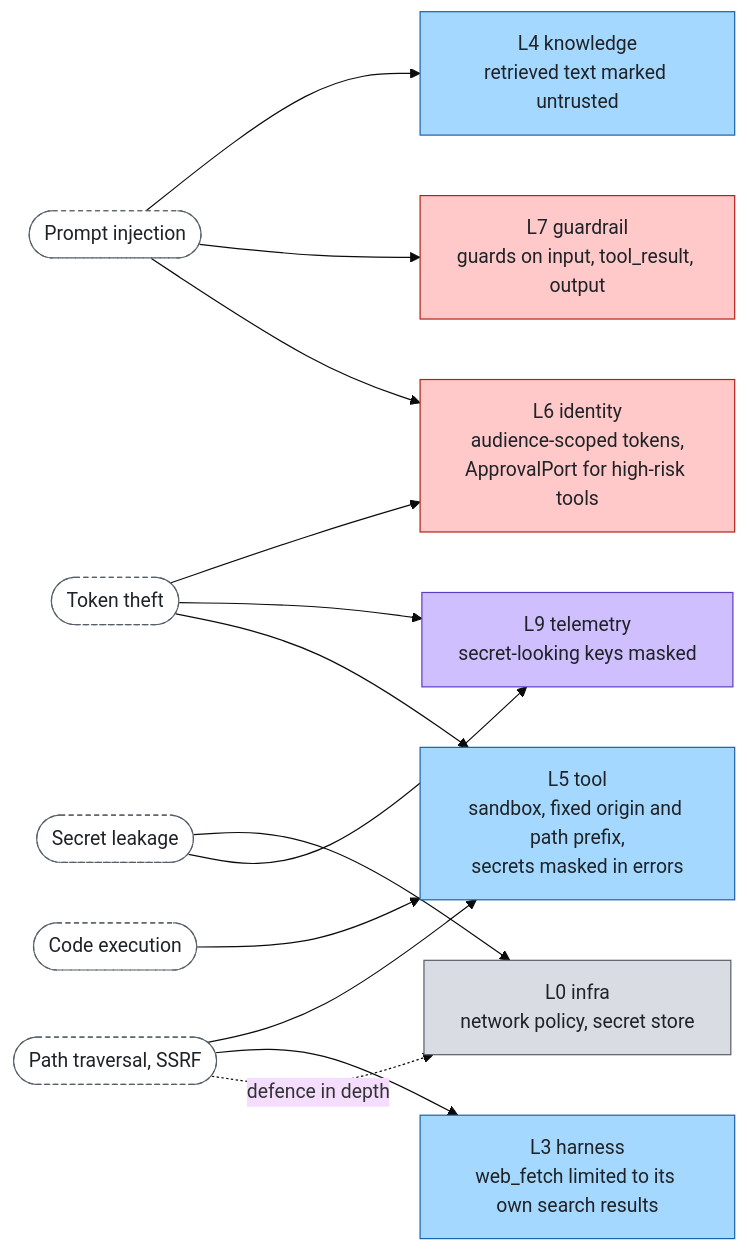
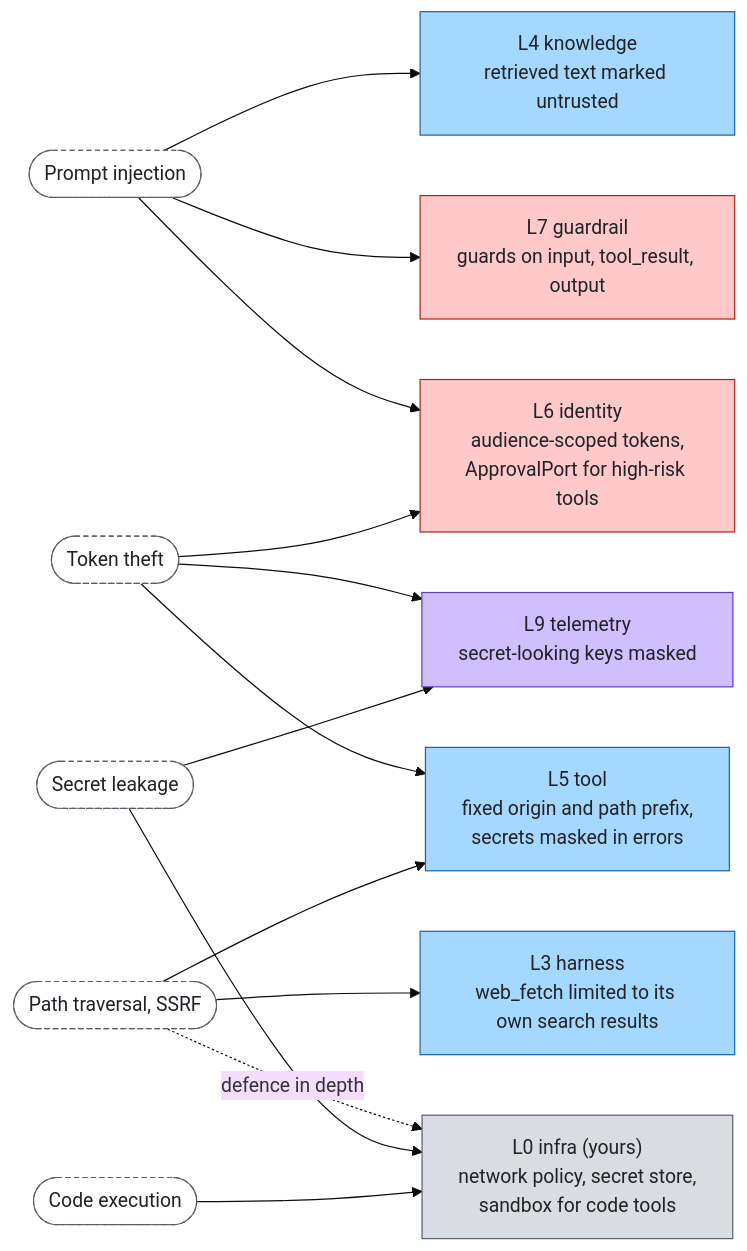
One commit to aantenore/agent-layers changed the diagram in docs/cross-cutting/security.md. Above: the diagram before and after it, drawn with Mermaid (base theme). The commit also changed other lines of this file and 8 other files, not shown here.

````diff
--- a/docs/cross-cutting/security.md
+++ b/docs/cross-cutting/security.md
@@ -26,32 +31,32 @@
 ```mermaid
 flowchart LR
   inj(["Prompt injection"]):::external
   tok(["Token theft"]):::external
   ssrf(["Path traversal, SSRF"]):::external
   sec(["Secret leakage"]):::external
   code(["Code execution"]):::external
   knowledge["L4 knowledge<br/>retrieved text marked untrusted"]:::agent
   guardrail["L7 guardrail<br/>guards on input, tool_result, output"]:::control
   harness["L3 harness<br/>web_fetch limited to its own search results"]:::agent
   identity["L6 identity<br/>audience-scoped tokens,<br/>ApprovalPort for high-risk tools"]:::control
   telemetry["L9 telemetry<br/>secret-looking keys masked"]:::insight
-  tool["L5 tool<br/>sandbox, fixed origin and path prefix,<br/>secrets masked in errors"]:::agent
-  infra["L0 infra<br/>network policy, secret store"]:::foundation
+  tool["L5 tool<br/>fixed origin and path prefix,<br/>secrets masked in errors"]:::agent
+  infra["L0 infra (yours)<br/>network policy, secret store,<br/>sandbox for code tools"]:::foundation
   inj --> knowledge
   inj --> guardrail
   inj --> identity
   tok --> identity
   tok --> telemetry
   tok --> tool
   ssrf --> tool
   ssrf --> harness
   ssrf -.->|"defence in depth"| infra
   sec --> infra
   sec --> telemetry
-  code --> tool
+  code --> infra
   classDef foundation fill:#d9dde3,stroke:#57606a,color:#1f2328
   classDef agent fill:#a5d8ff,stroke:#1864ab,color:#1f2328
   classDef control fill:#ffc9c9,stroke:#b42318,color:#1f2328
   classDef insight fill:#d0bfff,stroke:#5f3dc4,color:#1f2328
   classDef external fill:#ffffff,stroke:#57606a,color:#1f2328,stroke-dasharray:4 3
 ```
````
